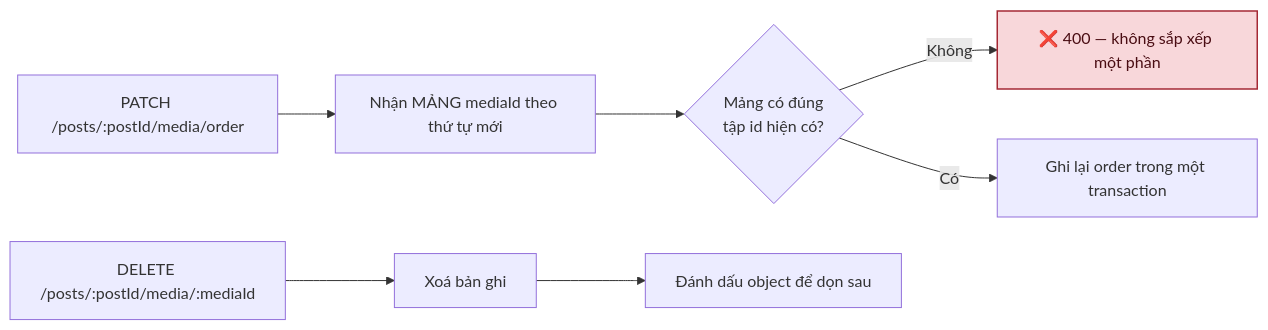
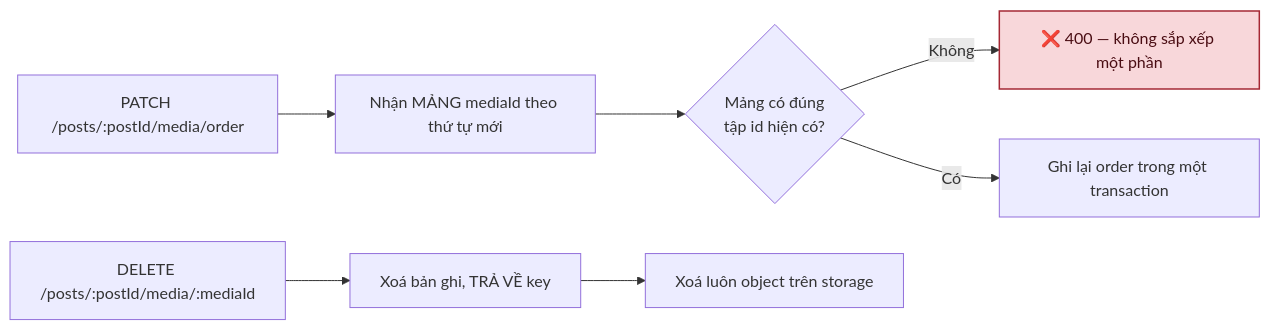
Before and after one commit to fdshn/trueheart: the fourth of 5 diagrams in docs/diagram/03-media.md, drawn with Mermaid. The commit also changed other lines of this file and 47 other files, not shown here.

First line of the commit message:
feat(media): ép kích thước thật, tự dọn rác, và lỗi lưu trữ ra 400

````diff
--- a/docs/diagram/03-media.md
+++ b/docs/diagram/03-media.md
@@ -73,12 +98,12 @@
 ```mermaid
 flowchart LR
     A["PATCH /posts/:postId/media/order"] --> B[Nhận MẢNG mediaId theo thứ tự mới]
     B --> C{Mảng có đúng<br/>tập id hiện có?}
     C -->|Không| D[❌ 400 — không sắp xếp một phần]
     C -->|Có| E[Ghi lại order trong một transaction]
 
-    F["DELETE /posts/:postId/media/:mediaId"] --> G[Xoá bản ghi]
-    G --> H[Đánh dấu object để dọn sau]
+    F["DELETE /posts/:postId/media/:mediaId"] --> G[Xoá bản ghi, TRẢ VỀ key]
+    G --> H[Xoá luôn object trên storage]
 
     style D fill:#f8d7da,stroke:#a52834,stroke-width:1.5px,color:#4a0d13
 ```
````
